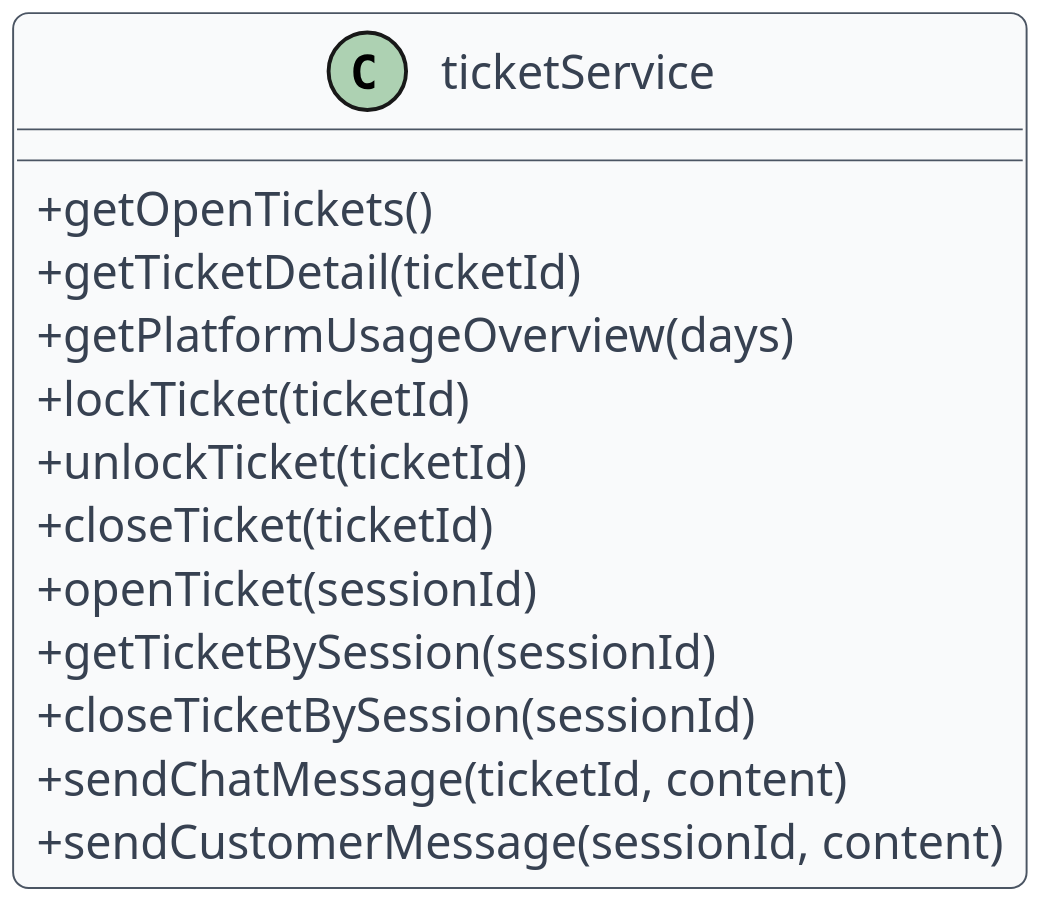
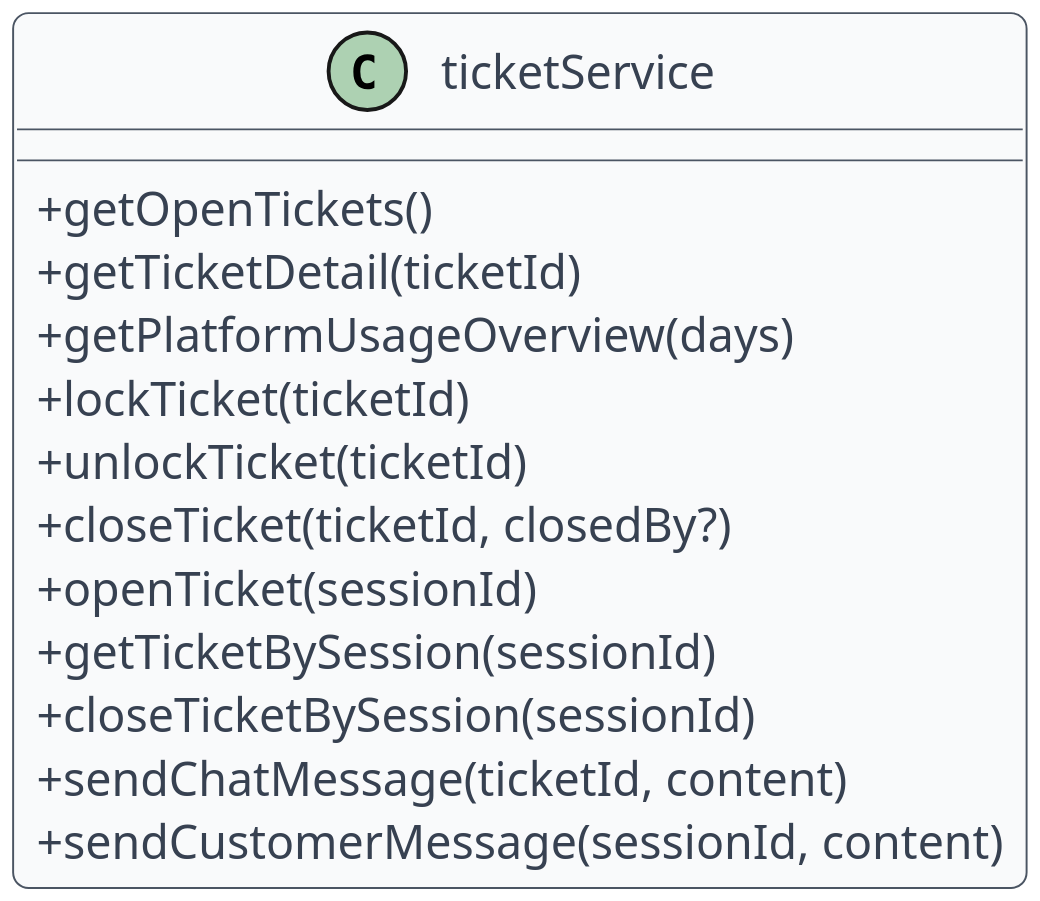
The diagram in src/PB/Documentazione Esterna/Contenuti/componenti_specifiche_tecniche/assets/uml_frontend/14_ticketservice.puml (swenightpro/Documentazione), drawn with PlantUML before and after one commit. The commit also changed 14 other files, not shown here.

```diff
--- a/src/PB/Documentazione Esterna/Contenuti/componenti_specifiche_tecniche/assets/uml_frontend/14_ticketservice.puml
+++ b/src/PB/Documentazione Esterna/Contenuti/componenti_specifiche_tecniche/assets/uml_frontend/14_ticketservice.puml
@@ -1,32 +1,32 @@
 @startuml
 skinparam dpi 300
 skinparam shadowing false
 skinparam backgroundColor White
 skinparam defaultFontName Helvetica
 skinparam defaultFontSize 12
 skinparam ArrowColor #4B5563
 skinparam ArrowThickness 1
 skinparam roundcorner 8
 skinparam class {
   BackgroundColor #F9FAFB
   BorderColor #4B5563
   FontColor #111827
   AttributeFontColor #374151
   StereotypeFontColor #6B7280
 }
 skinparam classAttributeIconSize 0
 
 class "ticketService" as C1 {
   + getOpenTickets()
   + getTicketDetail(ticketId)
   + getPlatformUsageOverview(days)
   + lockTicket(ticketId)
   + unlockTicket(ticketId)
-  + closeTicket(ticketId)
+  + closeTicket(ticketId, closedBy?)
   + openTicket(sessionId)
   + getTicketBySession(sessionId)
   + closeTicketBySession(sessionId)
   + sendChatMessage(ticketId, content)
   + sendCustomerMessage(sessionId, content)
 }
 @enduml
```
